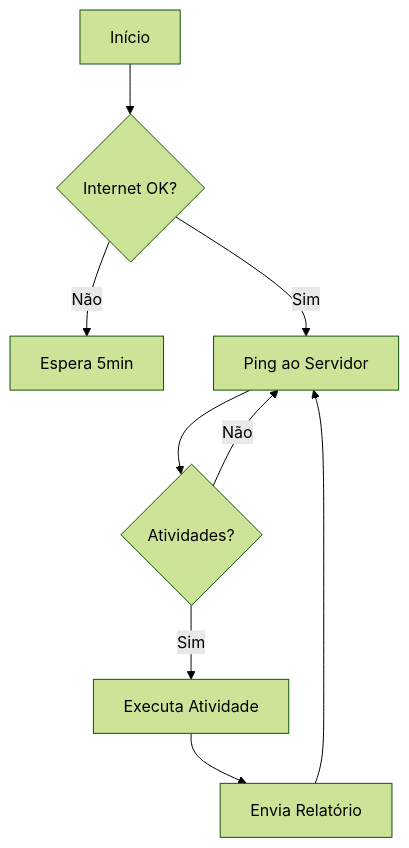
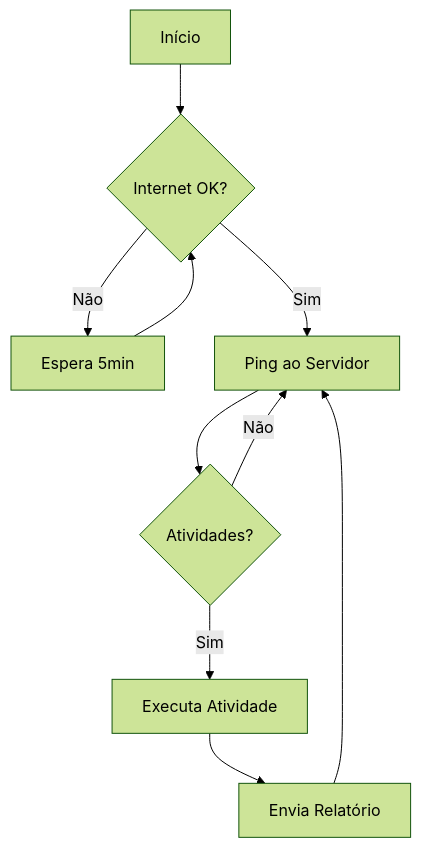
The second of 2 diagrams in README.md (MoraisCristian/Guardiao), drawn with Mermaid (forest theme) before and after one commit.

Commit message:
Volta Ossec, meu lindo

````diff
--- a/README.md
+++ b/README.md
@@ -102,21 +102,23 @@
 ```mermaid
 
 graph TD
 
 A[Início] --> B{Internet OK?}
 
 B -->|Não| C[Espera 5min]
+
+C --> B
 
 B -->|Sim| D[Ping ao Servidor]
 
 D --> E{Atividades?}
 
 E -->|Sim| F[Executa Atividade]
 
 F --> G[Envia Relatório]
 
 E -->|Não| D
 
 G --> D
 
 ```
````
